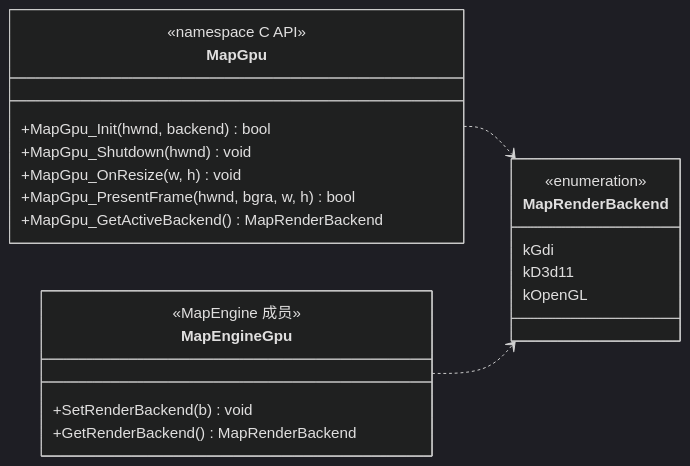
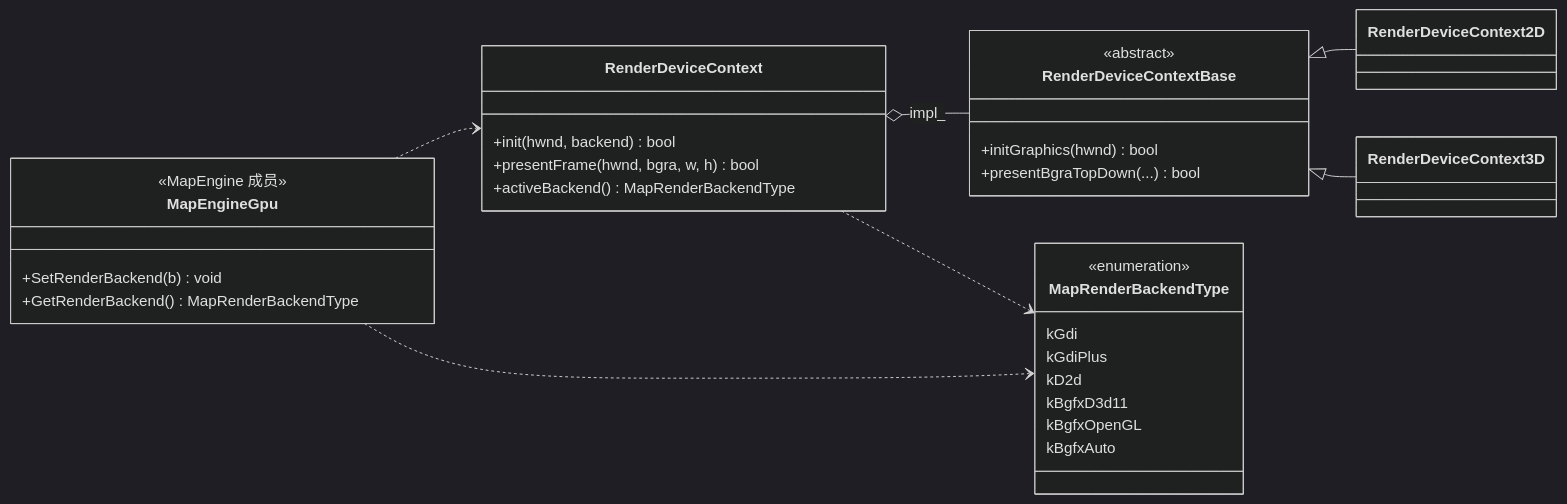
The fourth of 4 diagrams in ai-software-engineering/02-physical/gis-desktop-win32/uml-class-map.md (shelltdf/AGIS), drawn with Mermaid (dark theme) before and after one commit. The commit also changed other lines of this file and 38 other files, not shown here.

````diff
--- a/ai-software-engineering/02-physical/gis-desktop-win32/uml-class-map.md
+++ b/ai-software-engineering/02-physical/gis-desktop-win32/uml-class-map.md
@@ -204,28 +204,43 @@
 ```mermaid
 classDiagram
   direction LR
-  class MapRenderBackend {
+  class MapRenderBackendType {
     <<enumeration>>
     kGdi
-    kD3d11
-    kOpenGL
+    kGdiPlus
+    kD2d
+    kBgfxD3d11
+    kBgfxOpenGL
+    kBgfxAuto
   }
 
-  class MapGpu {
-    <<namespace C API>>
-    +MapGpu_Init(hwnd, backend) bool
-    +MapGpu_Shutdown(hwnd) void
-    +MapGpu_OnResize(w, h) void
-    +MapGpu_PresentFrame(hwnd, bgra, w, h) bool
-    +MapGpu_GetActiveBackend() MapRenderBackend
+  class RenderDeviceContextBase {
+    <<abstract>>
+    +initGraphics(hwnd) bool
+    +presentBgraTopDown(...) bool
   }
+
+  class RenderDeviceContext2D
+  class RenderDeviceContext3D
+
+  RenderDeviceContextBase <|-- RenderDeviceContext2D
+  RenderDeviceContextBase <|-- RenderDeviceContext3D
+
+  class RenderDeviceContext {
+    +init(hwnd, backend) bool
+    +presentFrame(hwnd, bgra, w, h) bool
+    +activeBackend() MapRenderBackendType
+  }
+
+  RenderDeviceContext o-- RenderDeviceContextBase : impl_
+  RenderDeviceContext ..> MapRenderBackendType
 
   class MapEngineGpu {
     <<MapEngine 成员>>
     +SetRenderBackend(b) void
-    +GetRenderBackend() MapRenderBackend
+    +GetRenderBackend() MapRenderBackendType
   }
 
-  MapGpu ..> MapRenderBackend
-  MapEngineGpu ..> MapRenderBackend
+  MapEngineGpu ..> RenderDeviceContext
+  MapEngineGpu ..> MapRenderBackendType
 ```
````
